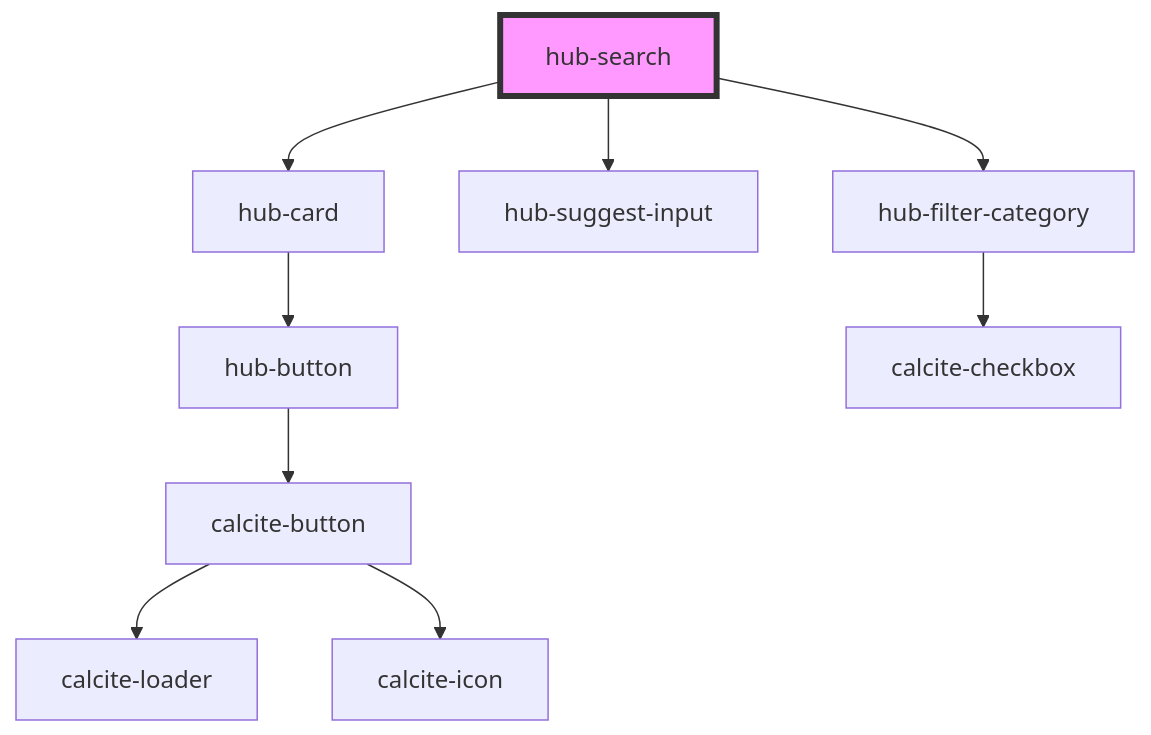
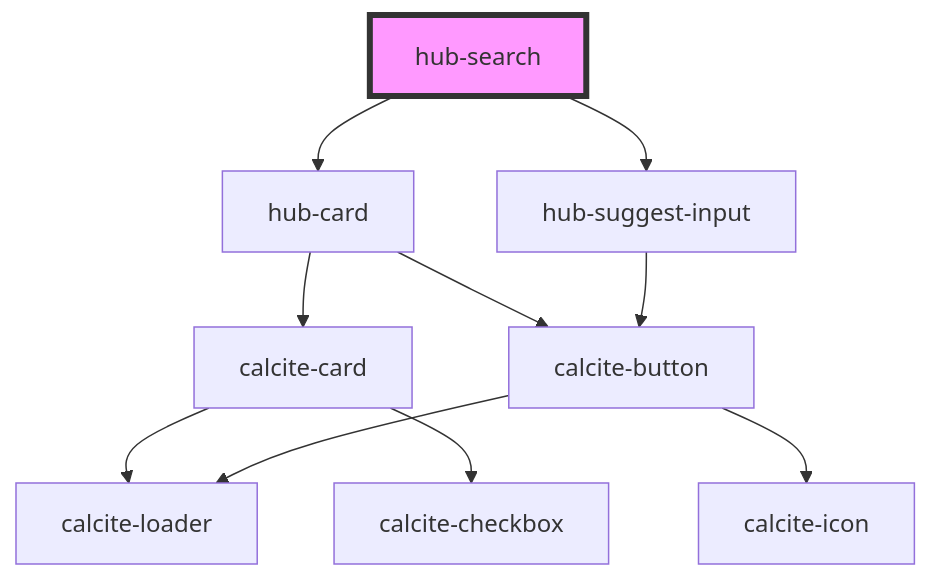
Before and after one commit to esridc/hub-components-experiments: the diagram in src/components/hub-search/readme.md, drawn with Mermaid. The commit also changed other lines of this file and 18 other files, not shown here.

````diff
--- a/src/components/hub-search/readme.md
+++ b/src/components/hub-search/readme.md
@@ -28,12 +33,13 @@
 ```mermaid
 graph TD;
   hub-search --> hub-card
   hub-search --> hub-suggest-input
-  hub-search --> hub-filter-category
-  hub-card --> hub-button
-  hub-button --> calcite-button
+  hub-card --> calcite-card
+  hub-card --> calcite-button
+  calcite-card --> calcite-loader
+  calcite-card --> calcite-checkbox
   calcite-button --> calcite-loader
   calcite-button --> calcite-icon
-  hub-filter-category --> calcite-checkbox
+  hub-suggest-input --> calcite-button
   style hub-search fill:#f9f,stroke:#333,stroke-width:4px
 ```
````
